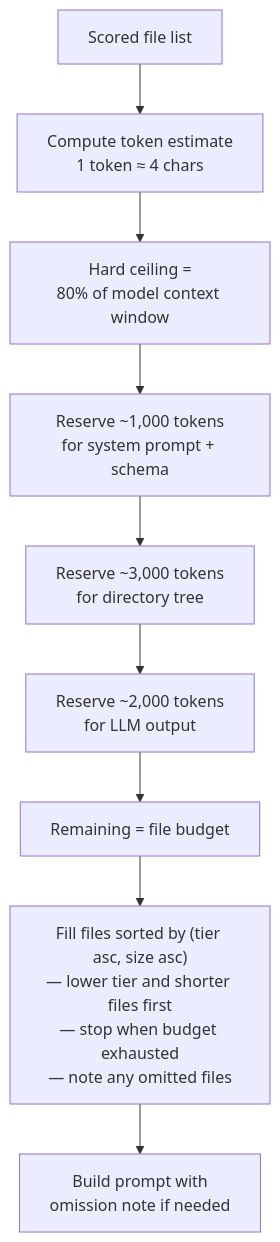
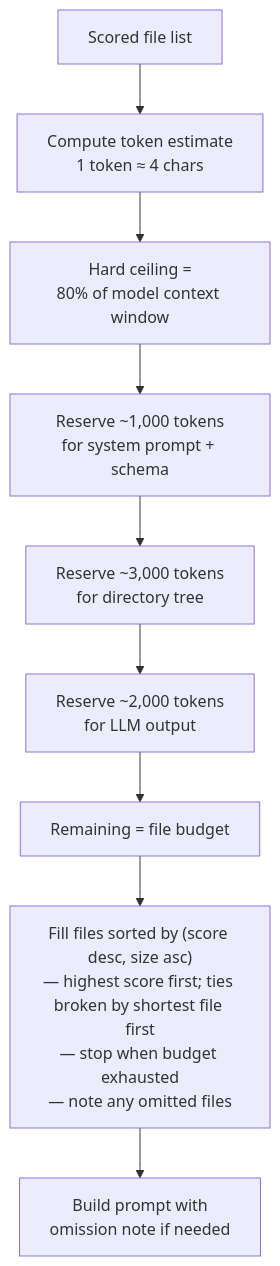
One commit to paffon/RepoSummarizer2 changed the fourth of 7 diagrams in .claude/flow.md. Above: the diagram before and after it, drawn with Mermaid. The commit also changed other lines of this file and 14 other files, not shown here.

````diff
--- a/.claude/flow.md
+++ b/.claude/flow.md
@@ -106,11 +106,11 @@
 ```mermaid
 flowchart TD
     A[Scored file list] --> B[Compute token estimate<br>1 token ≈ 4 chars]
     B --> C[Hard ceiling =<br>80% of model context window]
     C --> D[Reserve ~1,000 tokens<br>for system prompt + schema]
     D --> E[Reserve ~3,000 tokens<br>for directory tree]
     E --> F[Reserve ~2,000 tokens<br>for LLM output]
     F --> G[Remaining = file budget]
-    G --> H["Fill files sorted by (tier asc, size asc)<br>— lower tier and shorter files first<br>— stop when budget exhausted<br>— note any omitted files"]
+    G --> H["Fill files sorted by (score desc, size asc)<br>— highest score first; ties broken by shortest file first<br>— stop when budget exhausted<br>— note any omitted files"]
     H --> PROMPT[Build prompt with<br>omission note if needed]
 ```
````
